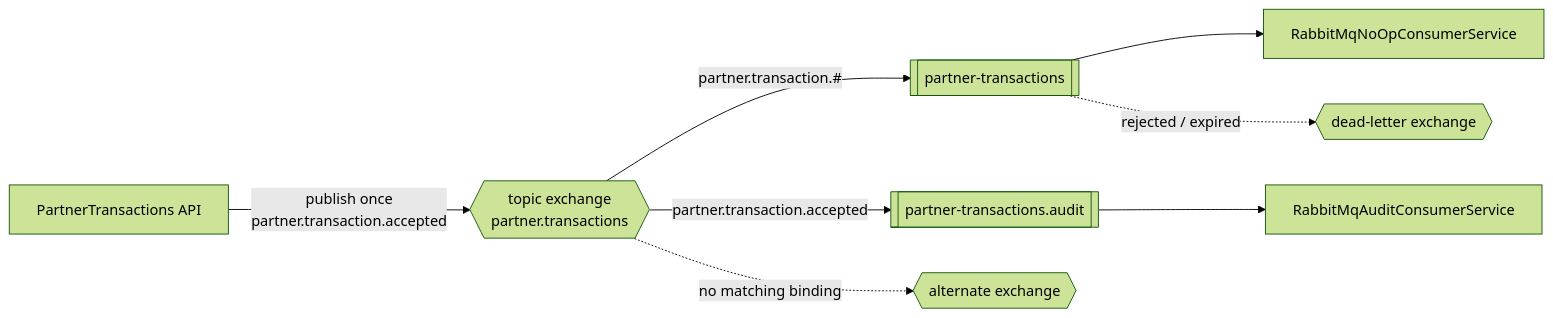
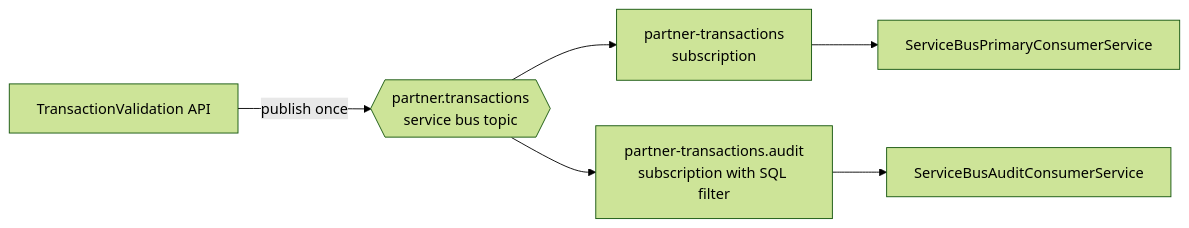
Before and after one commit to haudtech/transaction-validation: the second of 2 diagrams in docs/architecture_design/messaging_topology_and_consumer_routing.md, drawn with Mermaid (forest theme). The commit also changed other lines of this file and 7 other files, not shown here.

First line of the commit message:
- Corrects E2E tests aligning to both mode: Real Azure service bus and RabbitMQ. - Updates docs

````diff
--- a/docs/architecture_design/messaging_topology_and_consumer_routing.md
+++ b/docs/architecture_design/messaging_topology_and_consumer_routing.md
@@ -72,10 +129,8 @@
 ```mermaid
 flowchart LR
-    API[PartnerTransactions API] -->|publish once<br/>partner.transaction.accepted| EX{{topic exchange<br/>partner.transactions}}
-    EX -->|partner.transaction.#| Q1[[partner-transactions]]
-    EX -->|partner.transaction.accepted| Q2[[partner-transactions.audit]]
-    Q1 --> C1[RabbitMqNoOpConsumerService]
-    Q2 --> C2[RabbitMqAuditConsumerService]
-    EX -.no matching binding.-> AE{{alternate exchange}}
-    Q1 -.rejected / expired.-> DLX{{dead-letter exchange}}
+    API[TransactionValidation API] -->|publish once| TOPIC{{partner.transactions<br/>service bus topic}}
+    TOPIC --> S1[partner-transactions<br/>subscription]
+    TOPIC --> S2[partner-transactions.audit<br/>subscription with SQL filter]
+    S1 --> P[ServiceBusPrimaryConsumerService]
+    S2 --> A[ServiceBusAuditConsumerService]
 ```
````
